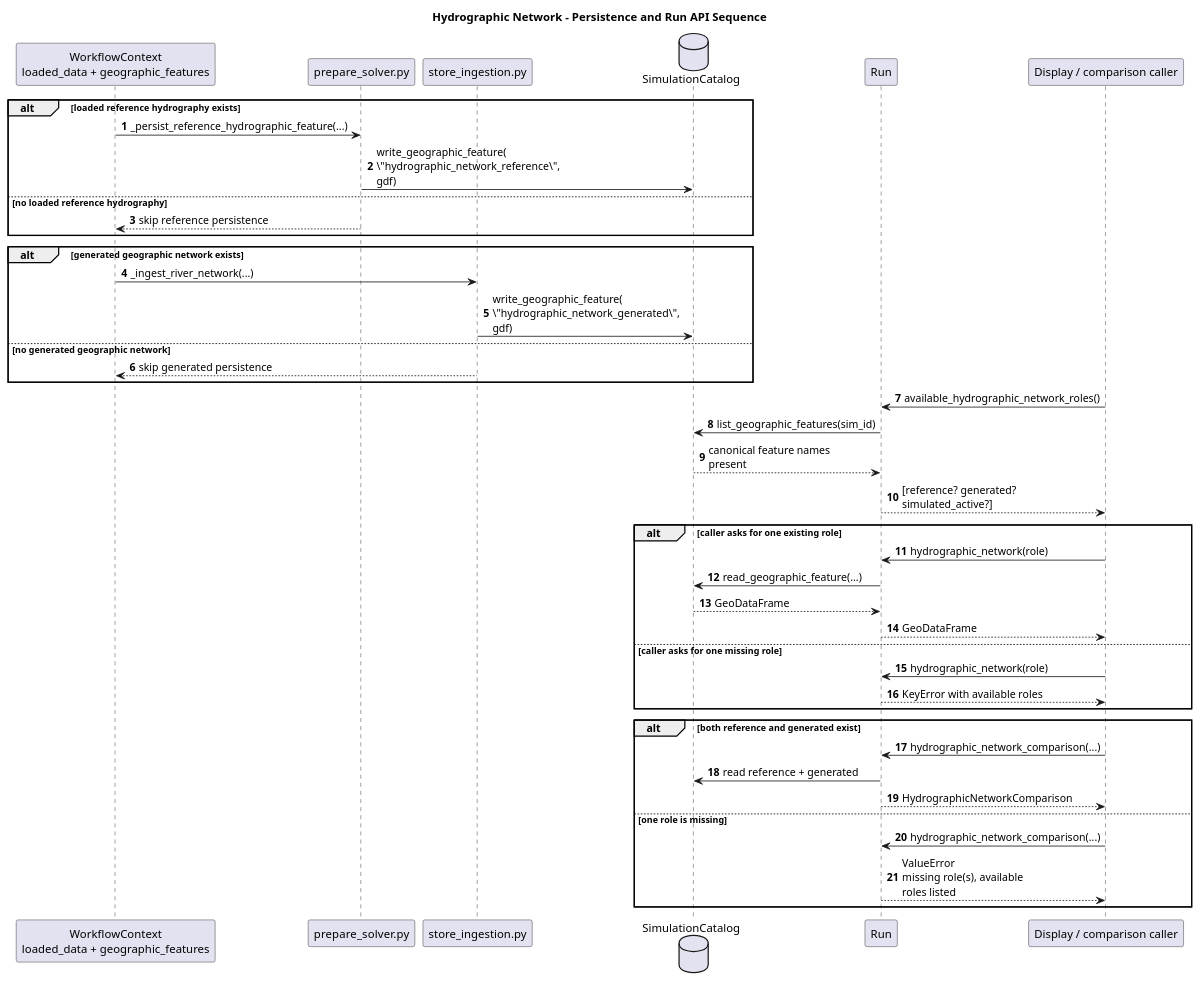
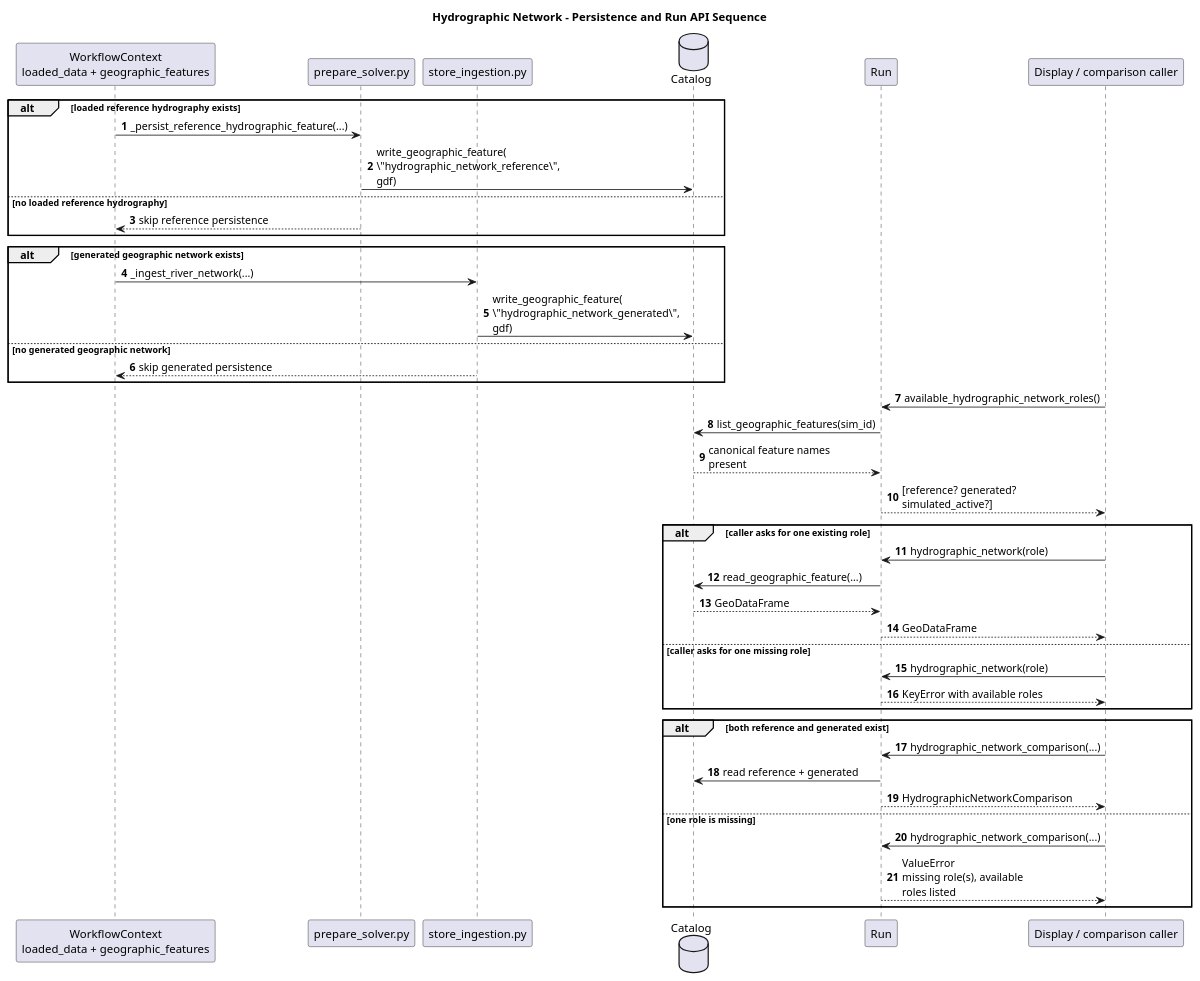
Before and after one commit to HydroModPy/HydroModPy: the diagram in docs/source/architecture/spatial_support/diagrams/hydrographic_network_persistence_run_sequence.wsd, drawn with PlantUML. The commit also changed 10 other files, not shown here.

```diff
--- a/docs/source/architecture/spatial_support/diagrams/hydrographic_network_persistence_run_sequence.wsd
+++ b/docs/source/architecture/spatial_support/diagrams/hydrographic_network_persistence_run_sequence.wsd
@@ -1,51 +1,51 @@
 @startuml
 title Hydrographic Network - Persistence and Run API Sequence
 autonumber
 skinparam wrapWidth 180
 skinparam maxMessageSize 180
 
 participant "WorkflowContext\nloaded_data + geographic_features" as Ctx
 participant "prepare_solver.py" as ReferencePersistence
 participant "store_ingestion.py" as StoreIngestion
-database "SimulationCatalog" as Catalog
+database "Catalog" as Catalog
 participant "Run" as Run
 participant "Display / comparison caller" as Caller
 
 alt loaded reference hydrography exists
   Ctx -> ReferencePersistence : _persist_reference_hydrographic_feature(...)
   ReferencePersistence -> Catalog : write_geographic_feature(\n\"hydrographic_network_reference\", gdf)
 else no loaded reference hydrography
   ReferencePersistence --> Ctx : skip reference persistence
 end
 
 alt generated geographic network exists
   Ctx -> StoreIngestion : _ingest_river_network(...)
   StoreIngestion -> Catalog : write_geographic_feature(\n\"hydrographic_network_generated\", gdf)
 else no generated geographic network
   StoreIngestion --> Ctx : skip generated persistence
 end
 
 Caller -> Run : available_hydrographic_network_roles()
 Run -> Catalog : list_geographic_features(sim_id)
 Catalog --> Run : canonical feature names present
 Run --> Caller : [reference? generated? simulated_active?]
 
 alt caller asks for one existing role
   Caller -> Run : hydrographic_network(role)
   Run -> Catalog : read_geographic_feature(...)
   Catalog --> Run : GeoDataFrame
   Run --> Caller : GeoDataFrame
 else caller asks for one missing role
   Caller -> Run : hydrographic_network(role)
   Run --> Caller : KeyError with available roles
 end
 
 alt both reference and generated exist
   Caller -> Run : hydrographic_network_comparison(...)
   Run -> Catalog : read reference + generated
   Run --> Caller : HydrographicNetworkComparison
 else one role is missing
   Caller -> Run : hydrographic_network_comparison(...)
   Run --> Caller : ValueError\nmissing role(s), available roles listed
 end
 @enduml
```
